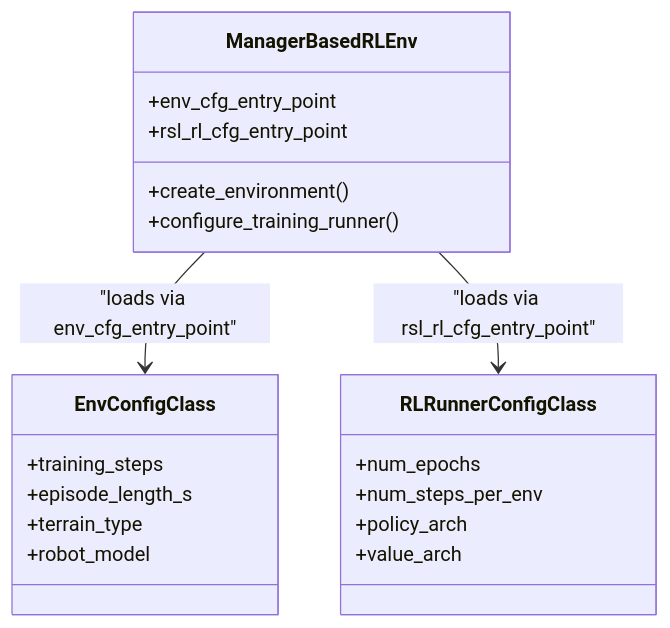
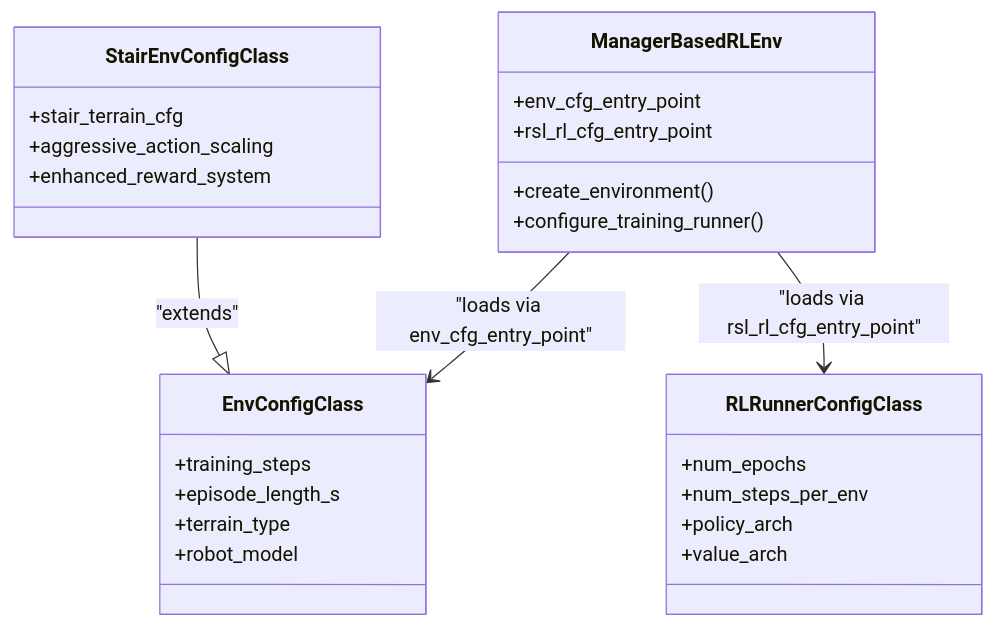
One commit to jayjayhust/robot_lab changed the third of 4 diagrams in .qoder/repowiki/en/content/Environment System/Environment Registration Framework.md. Above: the diagram before and after it, drawn with Mermaid. The commit also changed other lines of this file and 21 other files, not shown here.

Commit message:
add stair config for zsl1

````diff
--- a/.qoder/repowiki/en/content/Environment System/Environment Registration Framework.md
+++ b/.qoder/repowiki/en/content/Environment System/Environment Registration Framework.md
@@ -182,23 +238,29 @@
 ```mermaid
 classDiagram
 class ManagerBasedRLEnv {
 +env_cfg_entry_point
 +rsl_rl_cfg_entry_point
 +create_environment()
 +configure_training_runner()
 }
 class EnvConfigClass {
 +training_steps
 +episode_length_s
 +terrain_type
 +robot_model
 }
 class RLRunnerConfigClass {
 +num_epochs
 +num_steps_per_env
 +policy_arch
 +value_arch
 }
+class StairEnvConfigClass {
++stair_terrain_cfg
++aggressive_action_scaling
++enhanced_reward_system
+}
 ManagerBasedRLEnv --> EnvConfigClass : "loads via env_cfg_entry_point"
 ManagerBasedRLEnv --> RLRunnerConfigClass : "loads via rsl_rl_cfg_entry_point"
+StairEnvConfigClass --|> EnvConfigClass : "extends"
 ```
````
